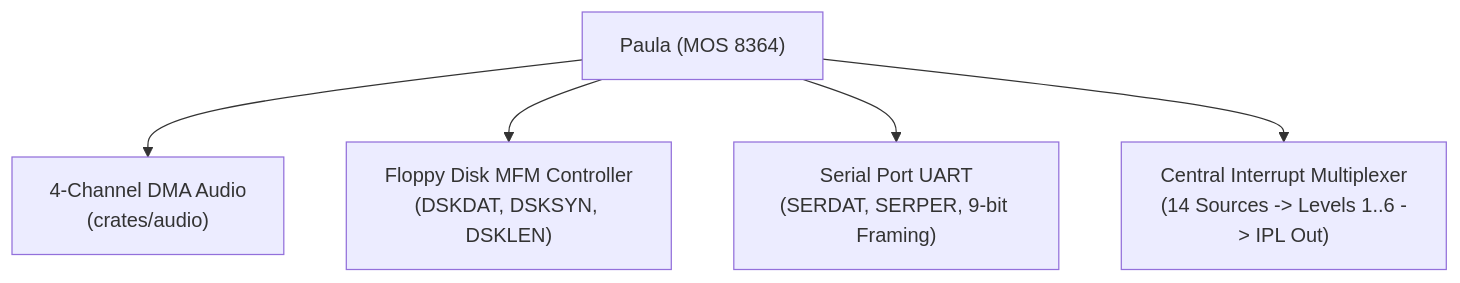
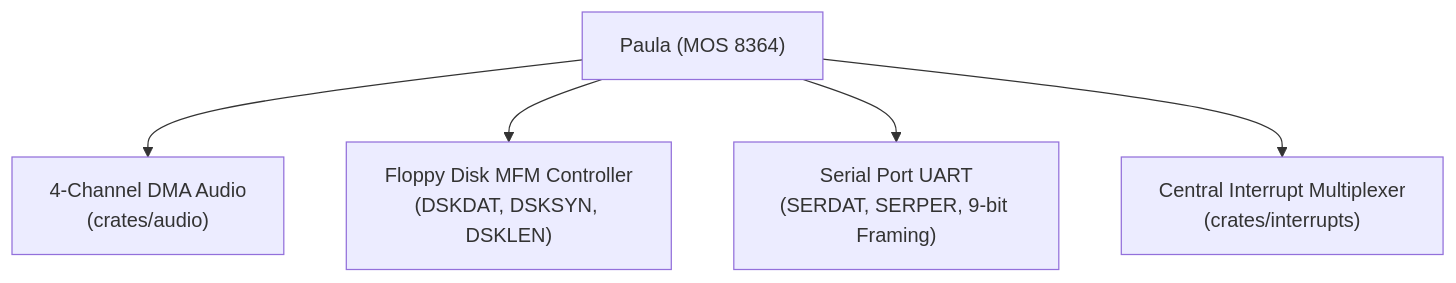
One commit to tomek-anuszkiewicz/amiga-studio changed the first of 2 diagrams in Obsidian/Amiga/Design/Paula.md. Above: the diagram before and after it, drawn with Mermaid. The commit also changed other lines of this file and 32 other files, not shown here.

First line of the commit message:
feat(paula): extract InterruptController into dedicated crate and sync design docs

````diff
--- a/Obsidian/Amiga/Design/Paula.md
+++ b/Obsidian/Amiga/Design/Paula.md
@@ -30,7 +30,7 @@
 ```mermaid
 flowchart TD
     PAULA["Paula (MOS 8364)"] --> AUDIO["4-Channel DMA Audio\n(crates/audio)"]
     PAULA --> FLOPPY["Floppy Disk MFM Controller\n(DSKDAT, DSKSYN, DSKLEN)"]
     PAULA --> UART["Serial Port UART\n(SERDAT, SERPER, 9-bit Framing)"]
-    PAULA --> INTR["Central Interrupt Multiplexer\n(14 Sources -> Levels 1..6 -> IPL Out)"]
+    PAULA --> INTR["Central Interrupt Multiplexer\n(crates/interrupts)"]
 ```
````
